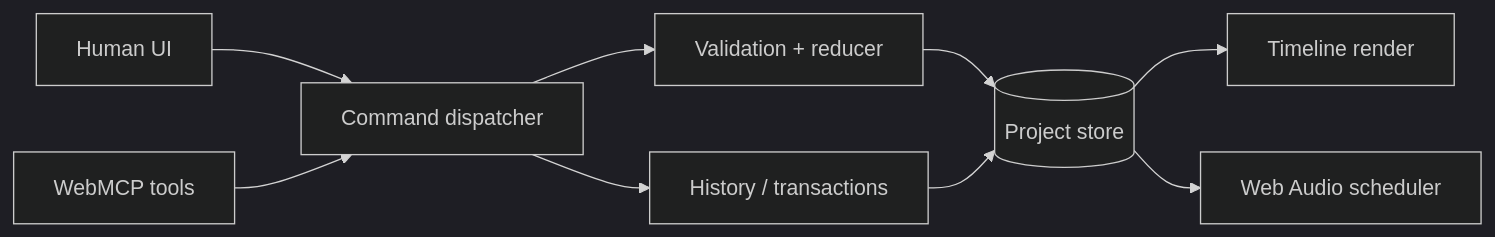
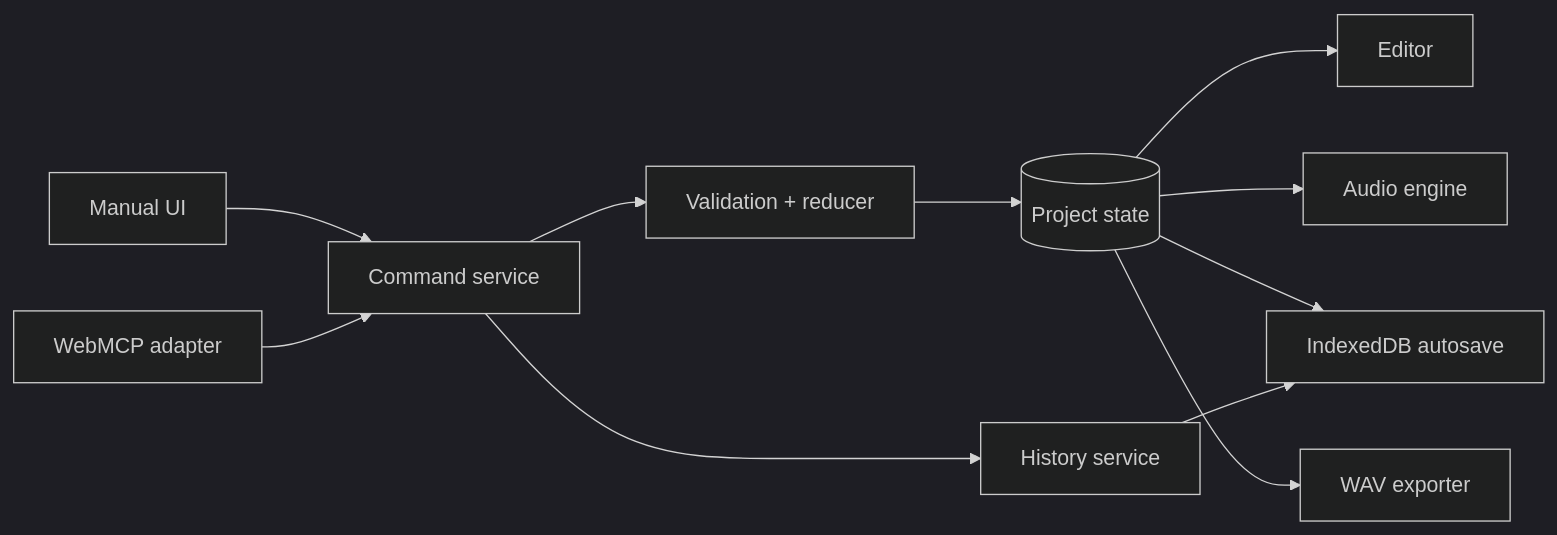
Before and after one commit to amit-00/agent-daw: the diagram in docs/design.md, drawn with Mermaid (dark theme). The commit also changed other lines of this file and 1 other file, not shown here.

Commit message:
docs: rescope AgentDAW as pattern sequencer

````diff
--- a/docs/design.md
+++ b/docs/design.md
@@ -100,11 +127,13 @@
 ```mermaid
 flowchart LR
-    H[Human UI] --> C[Command dispatcher]
-    W[WebMCP tools] --> C
+    U[Manual UI] --> C[Command service]
+    W[WebMCP adapter] --> C
     C --> V[Validation + reducer]
-    V --> S[(Project store)]
-    S --> T[Timeline render]
-    S --> A[Web Audio scheduler]
-    C --> R[History / transactions]
-    R --> S
+    V --> P[(Project state)]
+    C --> H[History service]
+    P --> UI[Editor]
+    P --> A[Audio engine]
+    P --> S[IndexedDB autosave]
+    P --> E[WAV exporter]
+    H --> S
 ```
````
